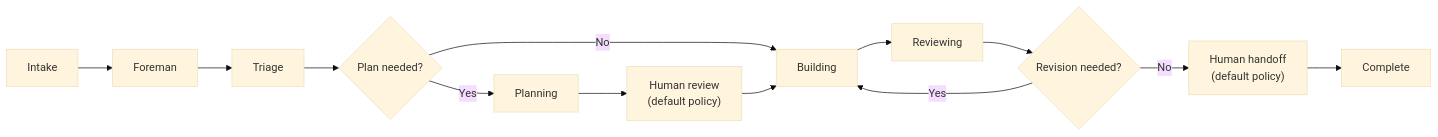
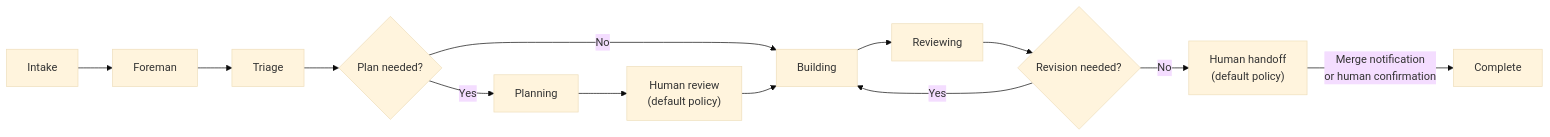
Before and after one commit to warpdotdev/docs: the diagram in src/content/docs/factories/how-factories-work.mdx, drawn with Mermaid (base theme). The commit also changed other lines of this file and 18 other files, not shown here.

````diff
--- a/src/content/docs/factories/how-factories-work.mdx
+++ b/src/content/docs/factories/how-factories-work.mdx
@@ -27,15 +27,15 @@
 ```mermaid
 flowchart LR
   Intake[Intake] --> Foreman[Foreman]
   Foreman --> Triage[Triage]
   Triage --> Decision{Plan needed?}
   Decision -->|Yes| Planning[Planning]
   Decision -->|No| Building[Building]
   Planning --> Approval["Human review<br/>(default policy)"]
   Approval --> Building
   Building --> Reviewing[Reviewing]
   Reviewing --> Revision{Revision needed?}
   Revision -->|Yes| Building
   Revision -->|No| Handoff["Human handoff<br/>(default policy)"]
-  Handoff --> Complete[Complete]
+  Handoff -->|"Merge notification<br/>or human confirmation"| Complete[Complete]
 ```
````
